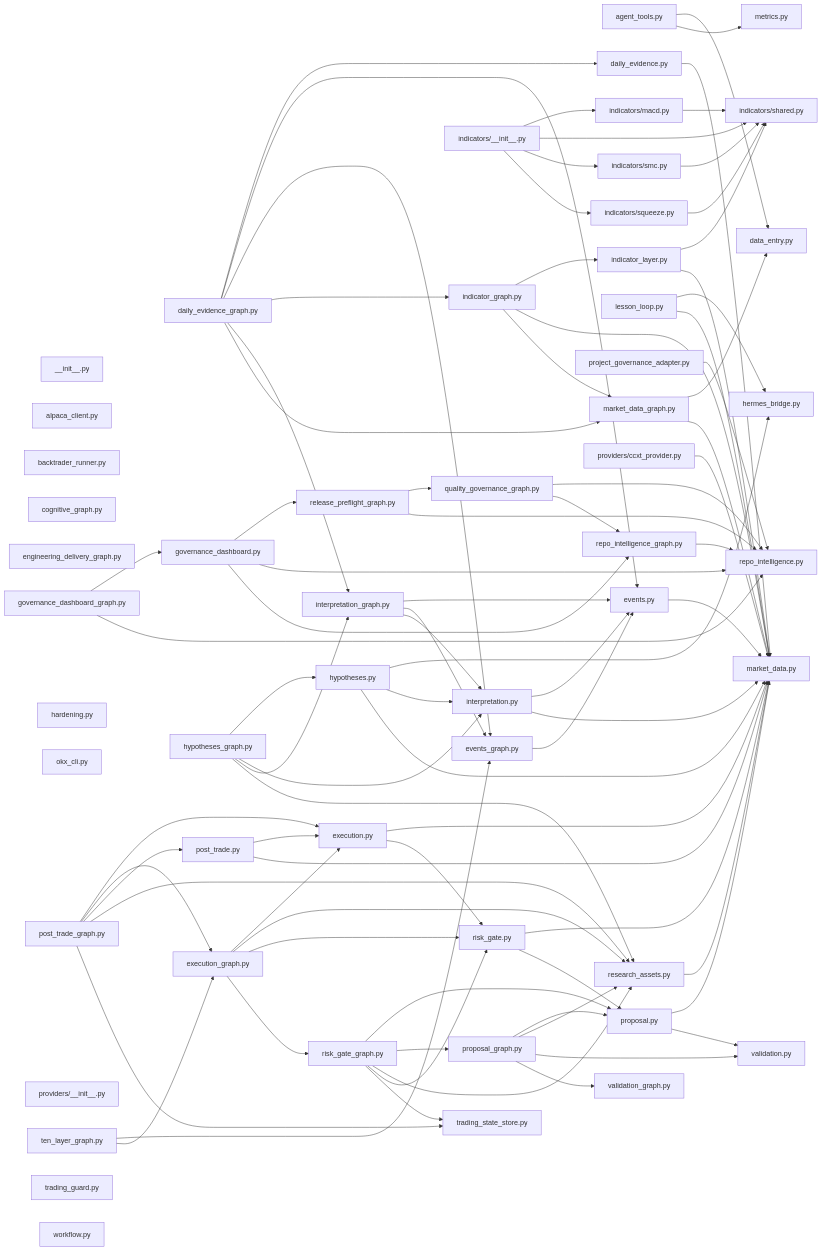
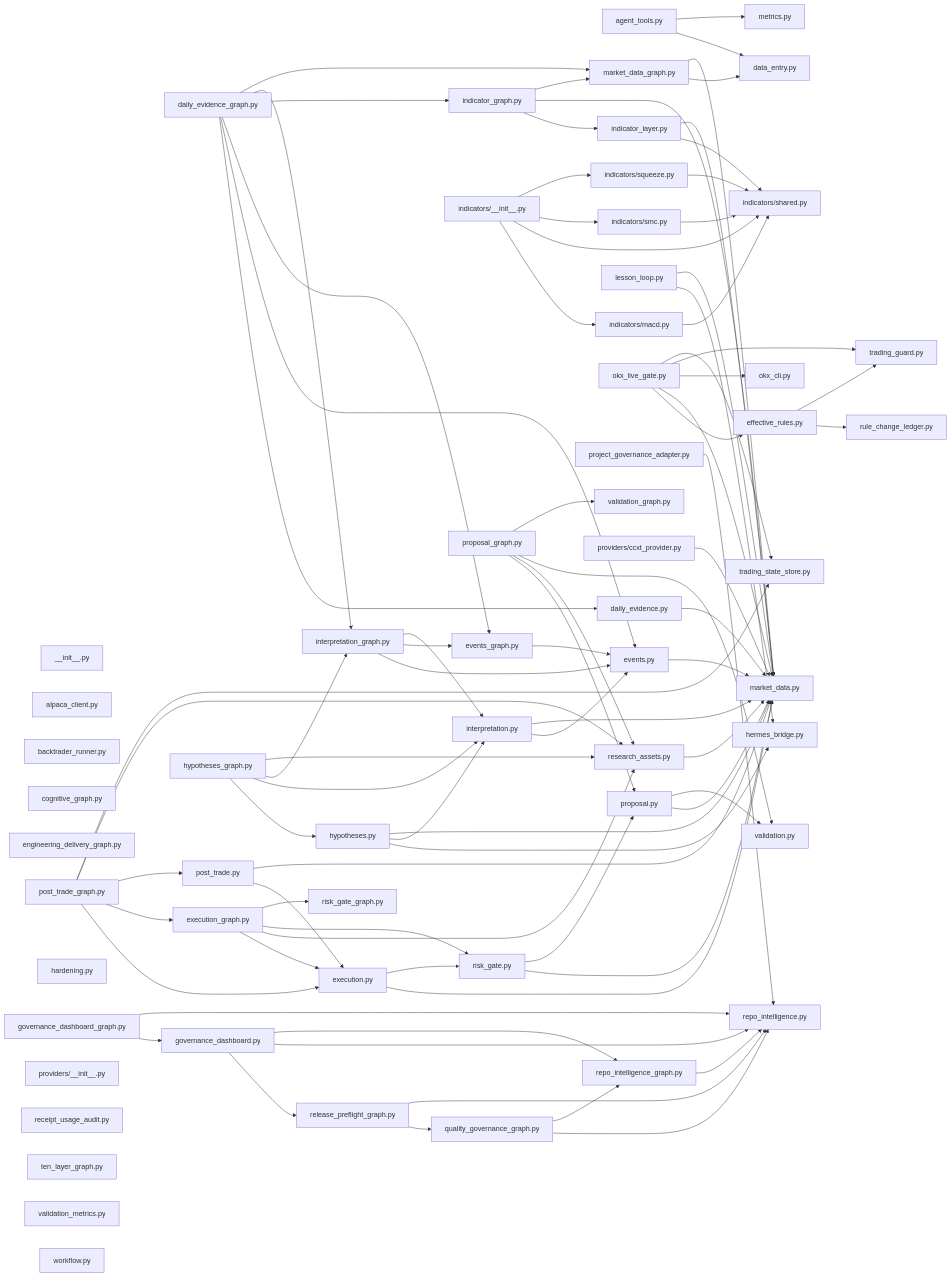
The diagram in docs/architecture/generated/repo-intelligence.md (zycxfyh/FinHarness), drawn with Mermaid before and after one commit. The commit also changed other lines of this file and 6 other files, not shown here.

First line of the commit message:
feat: add receipt usage audit

````diff
--- a/docs/architecture/generated/repo-intelligence.md
+++ b/docs/architecture/generated/repo-intelligence.md
@@ -64,6 +35,7 @@
   n_src_finharness_daily_evidence_py["daily_evidence.py"]
   n_src_finharness_daily_evidence_graph_py["daily_evidence_graph.py"]
   n_src_finharness_data_entry_py["data_entry.py"]
+  n_src_finharness_effective_rules_py["effective_rules.py"]
   n_src_finharness_engineering_delivery_graph_py["engineering_delivery_graph.py"]
   n_src_finharness_events_py["events.py"]
   n_src_finharness_events_graph_py["events_graph.py"]
@@ -89,6 +61,7 @@
   n_src_finharness_market_data_graph_py["market_data_graph.py"]
   n_src_finharness_metrics_py["metrics.py"]
   n_src_finharness_okx_cli_py["okx_cli.py"]
+  n_src_finharness_okx_live_gate_py["okx_live_gate.py"]
   n_src_finharness_post_trade_py["post_trade.py"]
   n_src_finharness_post_trade_graph_py["post_trade_graph.py"]
   n_src_finharness_project_governance_adapter_py["project_governance_adapter.py"]
@@ -97,17 +70,20 @@
   n_src_finharness_providers___init___py["providers/__init__.py"]
   n_src_finharness_providers_ccxt_provider_py["providers/ccxt_provider.py"]
   n_src_finharness_quality_governance_graph_py["quality_governance_graph.py"]
+  n_src_finharness_receipt_usage_audit_py["receipt_usage_audit.py"]
   n_src_finharness_release_preflight_graph_py["release_preflight_graph.py"]
   n_src_finharness_repo_intelligence_py["repo_intelligence.py"]
   n_src_finharness_repo_intelligence_graph_py["repo_intelligence_graph.py"]
   n_src_finharness_research_assets_py["research_assets.py"]
   n_src_finharness_risk_gate_py["risk_gate.py"]
   n_src_finharness_risk_gate_graph_py["risk_gate_graph.py"]
+  n_src_finharness_rule_change_ledger_py["rule_change_ledger.py"]
   n_src_finharness_ten_layer_graph_py["ten_layer_graph.py"]
   n_src_finharness_trading_guard_py["trading_guard.py"]
   n_src_finharness_trading_state_store_py["trading_state_store.py"]
   n_src_finharness_validation_py["validation.py"]
   n_src_finharness_validation_graph_py["validation_graph.py"]
+  n_src_finharness_validation_metrics_py["validation_metrics.py"]
   n_src_finharness_workflow_py["workflow.py"]
   n_src_finharness_agent_tools_py --> n_src_finharness_data_entry_py
   n_src_finharness_agent_tools_py --> n_src_finharness_metrics_py
@@ -118,6 +94,8 @@
   n_src_finharness_daily_evidence_graph_py --> n_src_finharness_indicator_graph_py
   n_src_finharness_daily_evidence_graph_py --> n_src_finharness_interpretation_graph_py
   n_src_finharness_daily_evidence_graph_py --> n_src_finharness_market_data_graph_py
+  n_src_finharness_effective_rules_py --> n_src_finharness_rule_change_ledger_py
+  n_src_finharness_effective_rules_py --> n_src_finharness_trading_guard_py
   n_src_finharness_events_py --> n_src_finharness_market_data_py
   n_src_finharness_events_graph_py --> n_src_finharness_events_py
   n_src_finharness_execution_py --> n_src_finharness_market_data_py
@@ -159,6 +137,11 @@
   n_src_finharness_lesson_loop_py --> n_src_finharness_market_data_py
   n_src_finharness_market_data_graph_py --> n_src_finharness_data_entry_py
   n_src_finharness_market_data_graph_py --> n_src_finharness_market_data_py
+  n_src_finharness_okx_live_gate_py --> n_src_finharness_effective_rules_py
+  n_src_finharness_okx_live_gate_py --> n_src_finharness_market_data_py
+  n_src_finharness_okx_live_gate_py --> n_src_finharness_okx_cli_py
+  n_src_finharness_okx_live_gate_py --> n_src_finharness_trading_guard_py
+  n_src_finharness_okx_live_gate_py --> n_src_finharness_trading_state_store_py
   n_src_finharness_post_trade_py --> n_src_finharness_execution_py
   n_src_finharness_post_trade_py --> n_src_finharness_market_data_py
   n_src_finharness_post_trade_graph_py --> n_src_finharness_execution_py
@@ -182,11 +165,4 @@
   n_src_finharness_research_assets_py --> n_src_finharness_market_data_py
   n_src_finharness_risk_gate_py --> n_src_finharness_market_data_py
   n_src_finharness_risk_gate_py --> n_src_finharness_proposal_py
-  n_src_finharness_risk_gate_graph_py --> n_src_finharness_proposal_py
-  n_src_finharness_risk_gate_graph_py --> n_src_finharness_proposal_graph_py
-  n_src_finharness_risk_gate_graph_py --> n_src_finharness_research_assets_py
-  n_src_finharness_risk_gate_graph_py --> n_src_finharness_risk_gate_py
-  n_src_finharness_risk_gate_graph_py --> n_src_finharness_trading_state_store_py
-  n_src_finharness_ten_layer_graph_py --> n_src_finharness_events_graph_py
-  n_src_finharness_ten_layer_graph_py --> n_src_finharness_execution_graph_py
 ```
````
